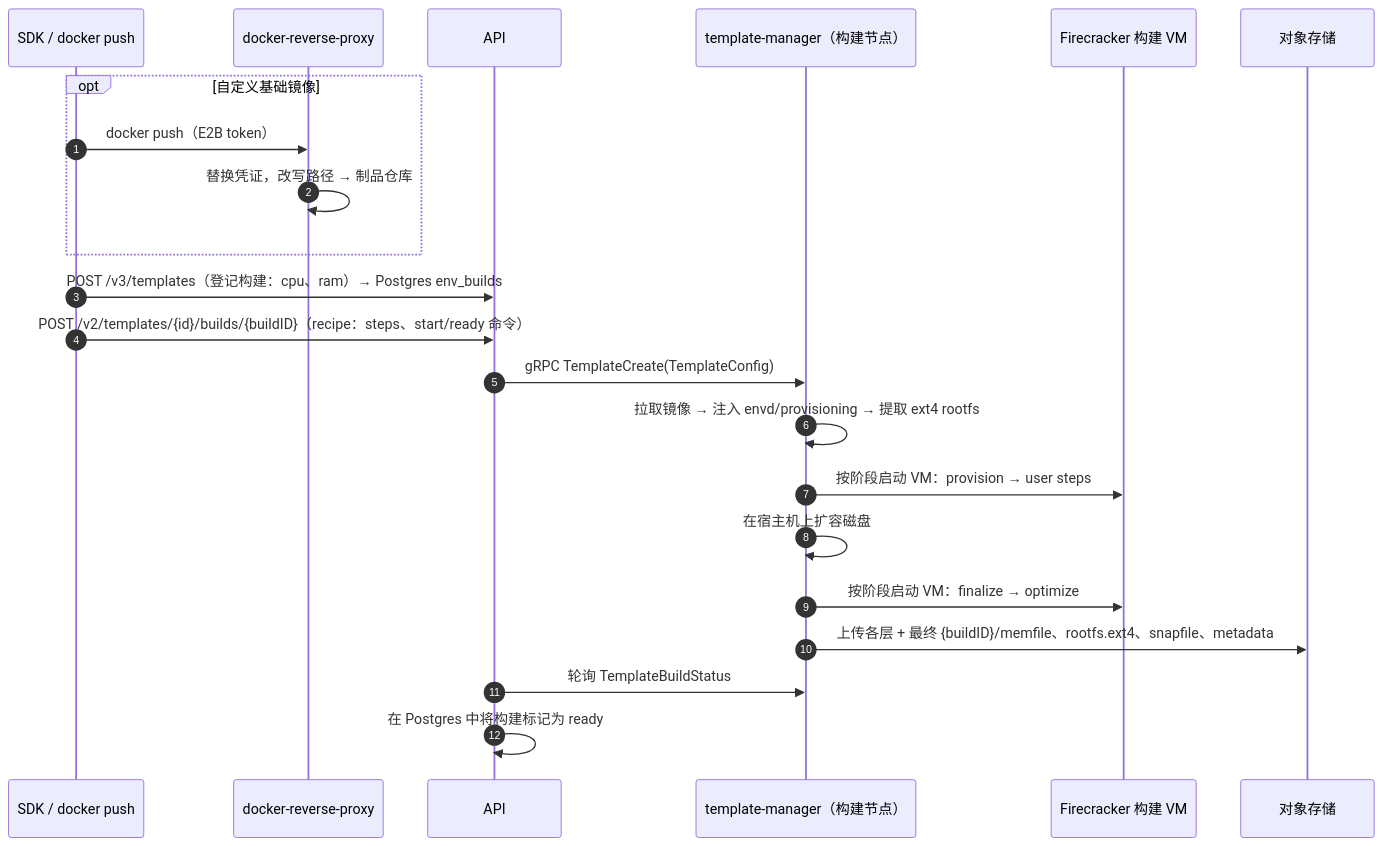
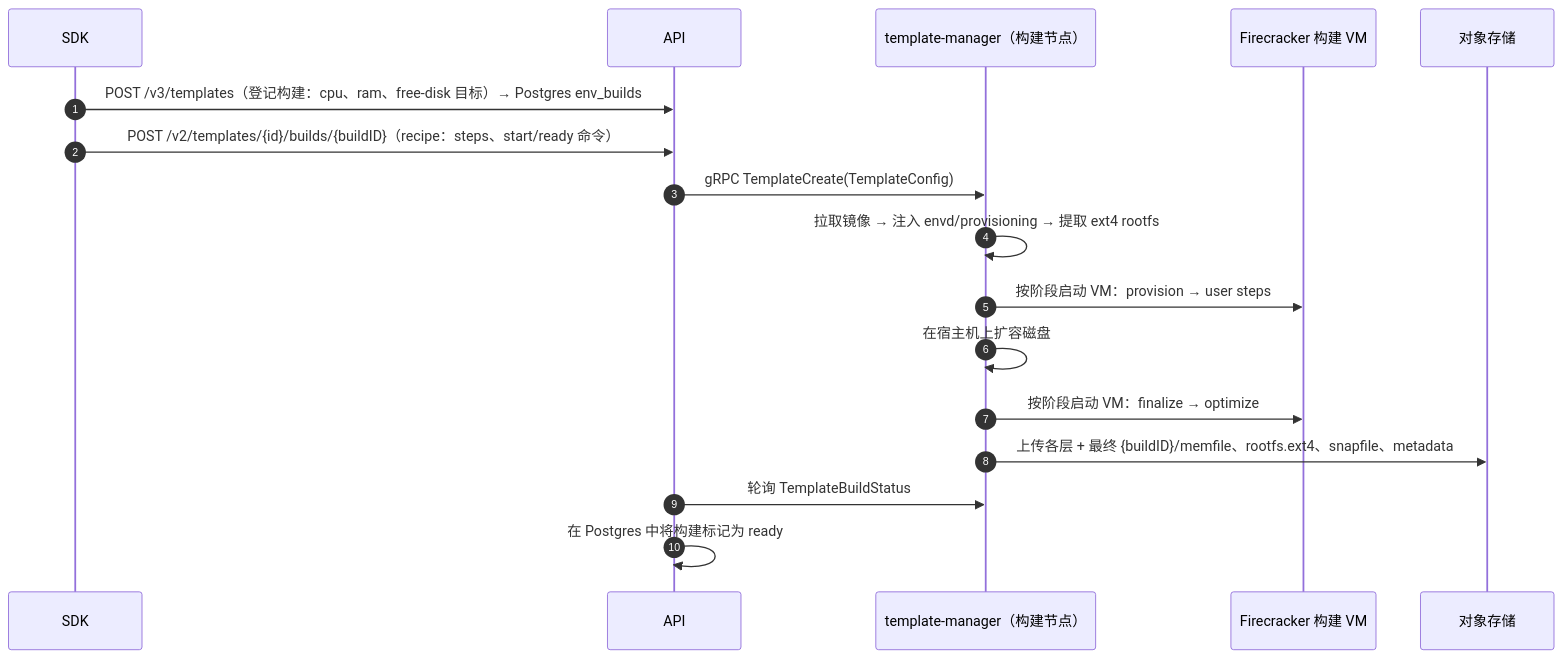
The fifth of 6 diagrams in web-docs/architecture-overview.md (Piwriw/infra), drawn with Mermaid before and after one commit. The commit also changed other lines of this file and 59 other files, not shown here.

````diff
--- a/web-docs/architecture-overview.md
+++ b/web-docs/architecture-overview.md
@@ -215,25 +321,20 @@
 ```mermaid
 sequenceDiagram
     autonumber
-    participant C as SDK / docker push
-    participant DRP as docker-reverse-proxy
+    participant C as SDK
     participant API as API
     participant TM as template-manager（构建节点）
     participant FC as Firecracker 构建 VM
     participant OS as 对象存储
 
-    opt 自定义基础镜像
-        C->>DRP: docker push（E2B token）
-        DRP->>DRP: 替换凭证，改写路径 → 制品仓库
-    end
-    C->>API: POST /v3/templates（登记构建：cpu、ram）→ Postgres env_builds
+    C->>API: POST /v3/templates（登记构建：cpu、ram、free-disk 目标）→ Postgres env_builds
     C->>API: POST /v2/templates/{id}/builds/{buildID}（recipe：steps、start/ready 命令）
     API->>TM: gRPC TemplateCreate(TemplateConfig)
     TM->>TM: 拉取镜像 → 注入 envd/provisioning → 提取 ext4 rootfs
     TM->>FC: 按阶段启动 VM：provision → user steps
     TM->>TM: 在宿主机上扩容磁盘
     TM->>FC: 按阶段启动 VM：finalize → optimize
     TM->>OS: 上传各层 + 最终 {buildID}/memfile、rootfs.ext4、snapfile、metadata
     API->>TM: 轮询 TemplateBuildStatus
     API->>API: 在 Postgres 中将构建标记为 ready
 ```
````
